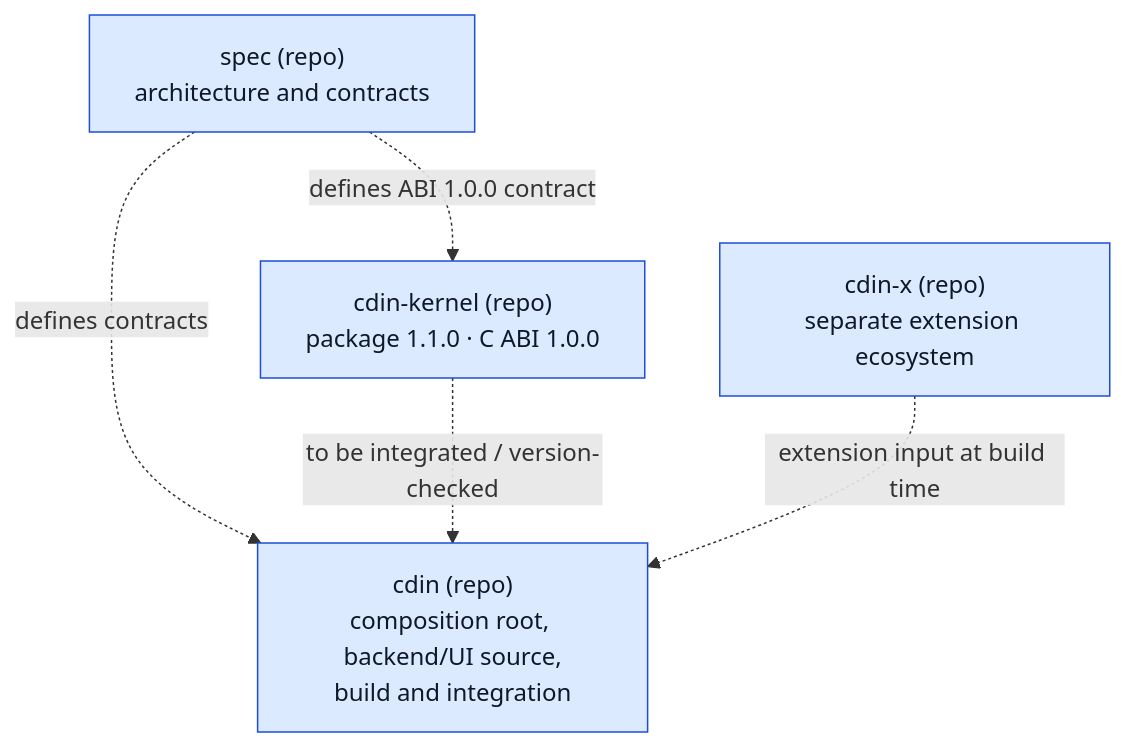
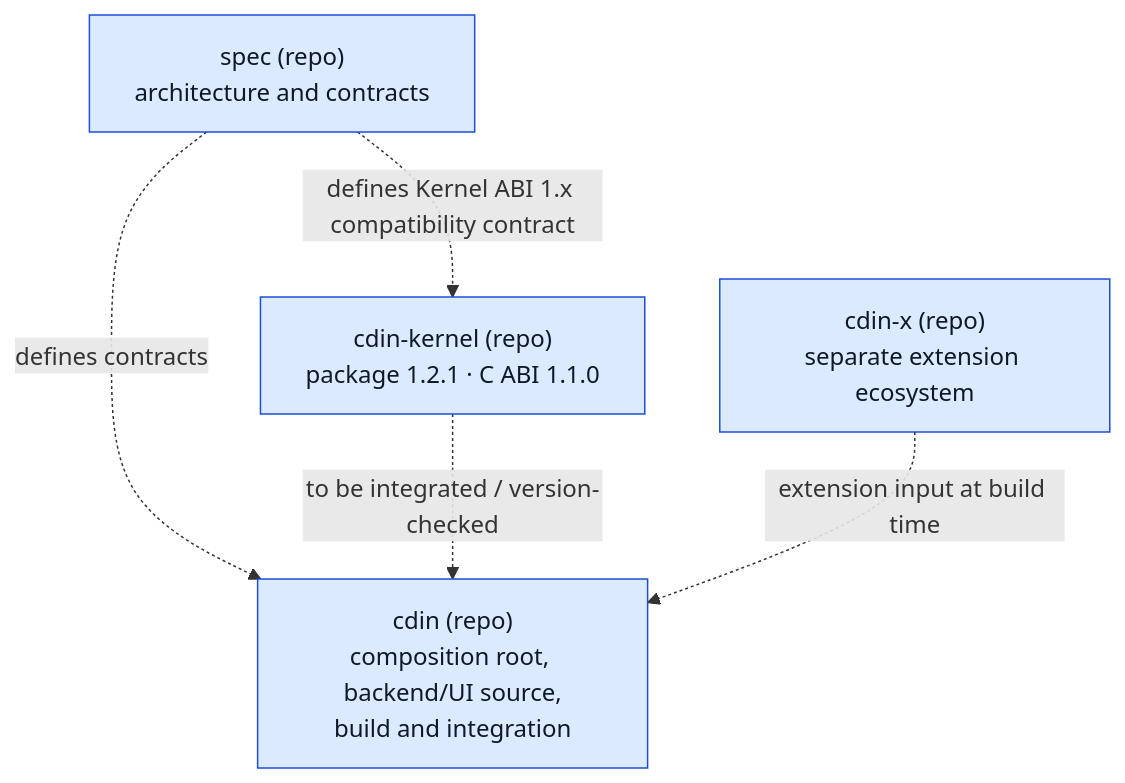
The first of 2 diagrams in docs/architecture/repositories.md (cdin-editor/spec), drawn with Mermaid before and after one commit. The commit also changed other lines of this file and 34 other files, not shown here.

````diff
--- a/docs/architecture/repositories.md
+++ b/docs/architecture/repositories.md
@@ -9,13 +9,13 @@
 ```mermaid
 flowchart TB
     cdinrepo["cdin (repo)<br/>composition root, backend/UI source,<br/>build and integration"]
-    kernelrepo["cdin-kernel (repo)<br/>package 1.1.0 · C ABI 1.0.0"]
+    kernelrepo["cdin-kernel (repo)<br/>package 1.2.1 · C ABI 1.1.0"]
     xnow["cdin-x (repo)<br/>separate extension ecosystem"]
     specnow["spec (repo)<br/>architecture and contracts"]
     specnow -. "defines contracts" .-> cdinrepo
-    specnow -. "defines ABI 1.0.0 contract" .-> kernelrepo
+    specnow -. "defines Kernel ABI 1.x compatibility contract" .-> kernelrepo
     kernelrepo -. "to be integrated / version-checked" .-> cdinrepo
     xnow -. "extension input at build time" .-> cdinrepo
     classDef comp fill:#dbeafe,stroke:#1d4ed8,color:#0f172a
     class cdinrepo,kernelrepo,specnow,xnow comp
 ```
````
